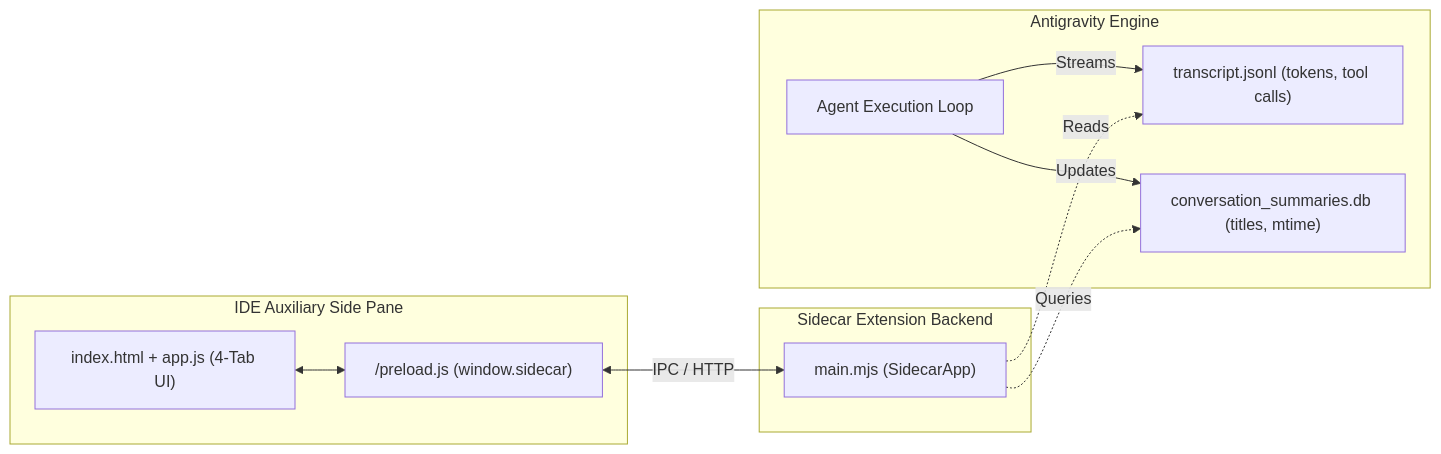
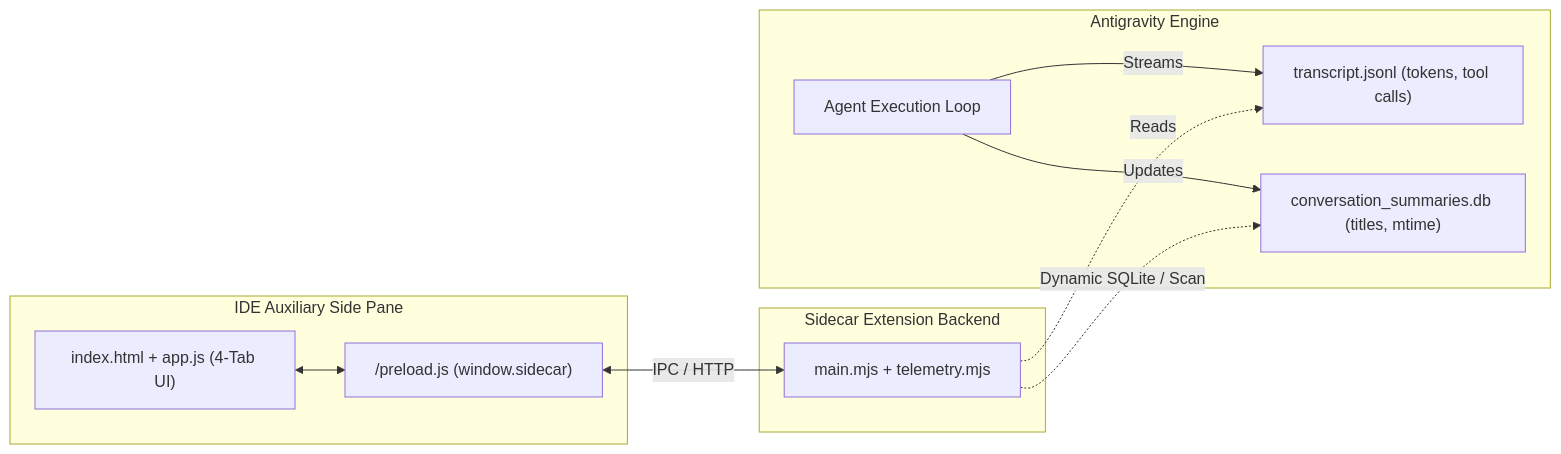
The diagram in README.md (iamnottheone99/antigravity-observability), drawn with Mermaid before and after one commit. The commit also changed other lines of this file and 10 other files, not shown here.

````diff
--- a/README.md
+++ b/README.md
@@ -41,17 +43,17 @@
 ```mermaid
 flowchart LR
     subgraph Antigravity Engine
         Agent[Agent Execution Loop] -->|Streams| Transcript["transcript.jsonl (tokens, tool calls)"]
         Agent -->|Updates| DB["conversation_summaries.db (titles, mtime)"]
     end
 
     subgraph Sidecar Extension Backend
-        Backend["main.mjs (SidecarApp)"] -.->|Reads| Transcript
-        Backend -.->|Queries| DB
+        Backend["main.mjs + telemetry.mjs"] -.->|Reads| Transcript
+        Backend -.->|Dynamic SQLite / Scan| DB
     end
 
     subgraph IDE Auxiliary Side Pane
         Bridge["/preload.js (window.sidecar)"] <-->|IPC / HTTP| Backend
         Frontend["index.html + app.js (4-Tab UI)"] <--> Bridge
     end
 ```
````
